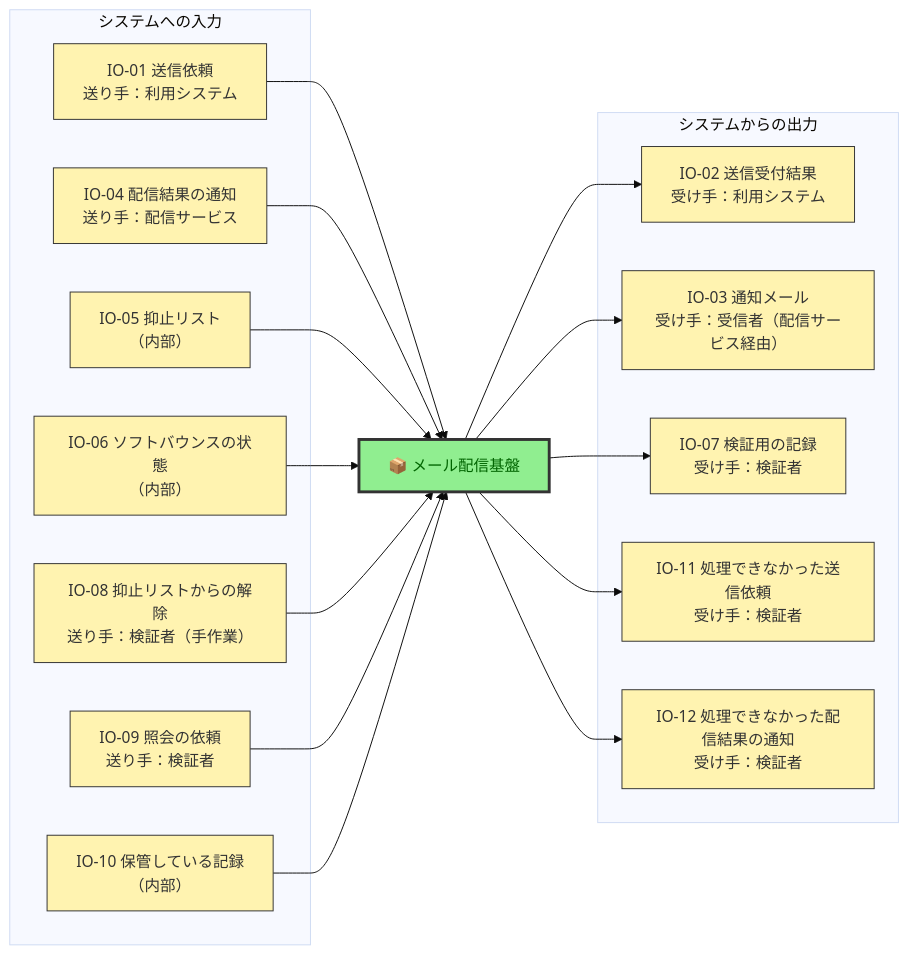
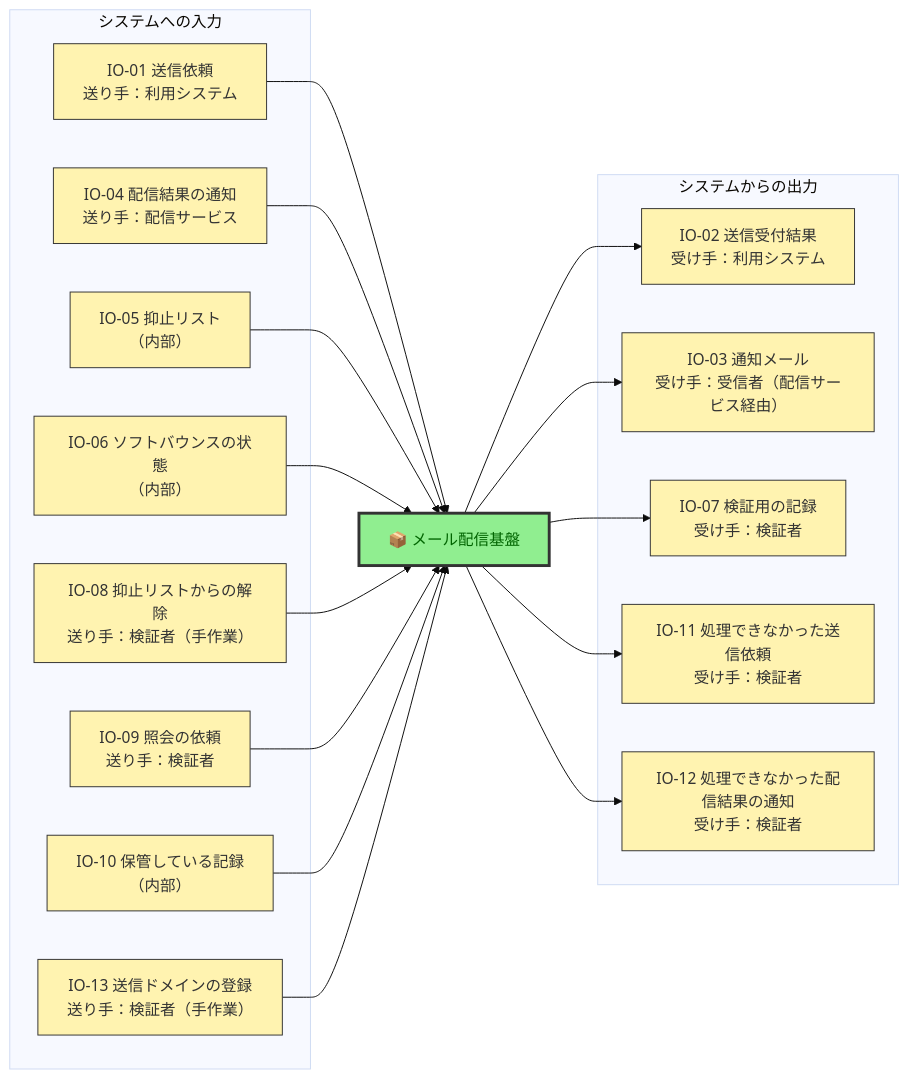
The second of 6 diagrams in docs/requirements.md (kasiopeiya/mail-poc), drawn with Mermaid (base theme) before and after one commit. The commit also changed other lines of this file, not shown here.

````diff
--- a/docs/requirements.md
+++ b/docs/requirements.md
@@ -448,37 +452,39 @@
 ```mermaid
 flowchart LR
     subgraph IN["システムへの入力"]
       i1["IO-01 送信依頼<br/>送り手：利用システム"]
       i4["IO-04 配信結果の通知<br/>送り手：配信サービス"]
       i5["IO-05 抑止リスト<br/>（内部）"]
       i6["IO-06 ソフトバウンスの状態<br/>（内部）"]
       i8["IO-08 抑止リストからの解除<br/>送り手：検証者（手作業）"]
       i9["IO-09 照会の依頼<br/>送り手：検証者"]
       i10["IO-10 保管している記録<br/>（内部）"]
+      i13["IO-13 送信ドメインの登録<br/>送り手：検証者（手作業）"]
     end
     sys["📦 メール配信基盤"]
     subgraph OUT["システムからの出力"]
       o2["IO-02 送信受付結果<br/>受け手：利用システム"]
       o3["IO-03 通知メール<br/>受け手：受信者（配信サービス経由）"]
       o7["IO-07 検証用の記録<br/>受け手：検証者"]
       o11["IO-11 処理できなかった送信依頼<br/>受け手：検証者"]
       o12["IO-12 処理できなかった配信結果の通知<br/>受け手：検証者"]
     end
     i1 --> sys
     i4 --> sys
     i5 --> sys
     i6 --> sys
     i8 --> sys
     i9 --> sys
     i10 --> sys
+    i13 --> sys
     sys --> o2
     sys --> o3
     sys --> o7
     sys --> o11
     sys --> o12
 
     classDef internal fill:#90EE90,stroke:#333,stroke-width:3px,color:darkgreen
     classDef io fill:#FFF3B0,stroke:#333,stroke-width:1px,color:#333
     class sys internal
-    class i1,i4,i5,i6,i8,i9,i10,o2,o3,o7,o11,o12 io
+    class i1,i4,i5,i6,i8,i9,i10,i13,o2,o3,o7,o11,o12 io
 ```
````
